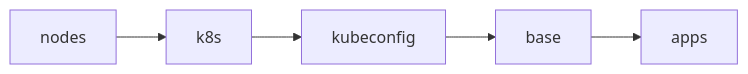
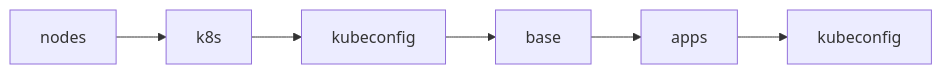
Before and after one commit to onedr0p/home-ops: the second of 2 diagrams in bootstrap/README.md, drawn with Mermaid. The commit also changed other lines of this file, not shown here.

````diff
--- a/bootstrap/README.md
+++ b/bootstrap/README.md
@@ -217,4 +232,4 @@
 ```mermaid
 graph LR
-    nodes --> k8s --> kubeconfig --> base --> apps
+    nodes --> k8s --> kc1[kubeconfig] --> base --> apps --> kc2[kubeconfig]
 ```
````
